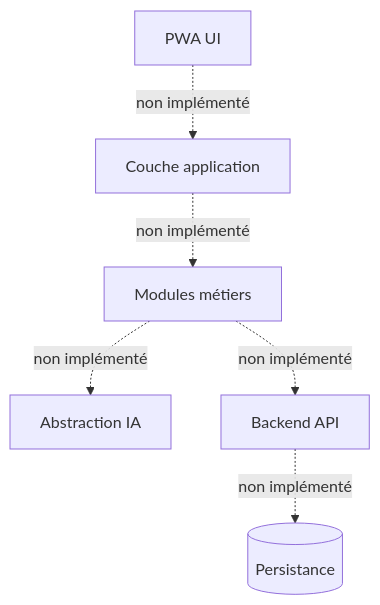
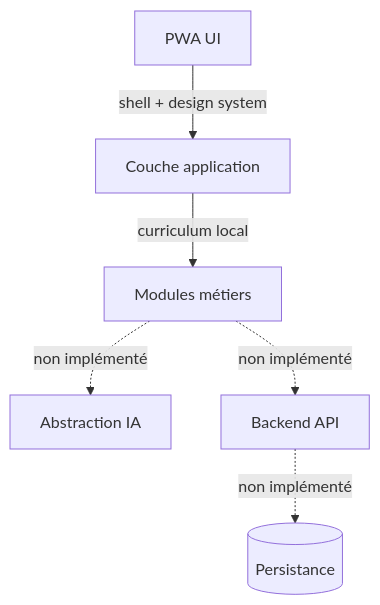
The third of 5 diagrams in docs/runtime/01_ARCHITECTURE_STATUS.md (JavaChrist/Tai-Chi-AI-Coach), drawn with Mermaid before and after one commit. The commit also changed other lines of this file and 59 other files, not shown here.

First line of the commit message:
feat(mvp): add design system and local curriculum library

````diff
--- a/docs/runtime/01_ARCHITECTURE_STATUS.md
+++ b/docs/runtime/01_ARCHITECTURE_STATUS.md
@@ -121,14 +125,14 @@
 ```mermaid
 flowchart TB
   UI[PWA UI]
   APP[Couche application]
   METIER[Modules métiers]
   AIABS[Abstraction IA]
   API[Backend API]
   DATA[(Persistance)]
-  UI -.->|non implémenté| APP
-  APP -.->|non implémenté| METIER
+  UI -->|shell + design system| APP
+  APP -->|curriculum local| METIER
   METIER -.->|non implémenté| AIABS
   METIER -.->|non implémenté| API
   API -.->|non implémenté| DATA
 ```
````
